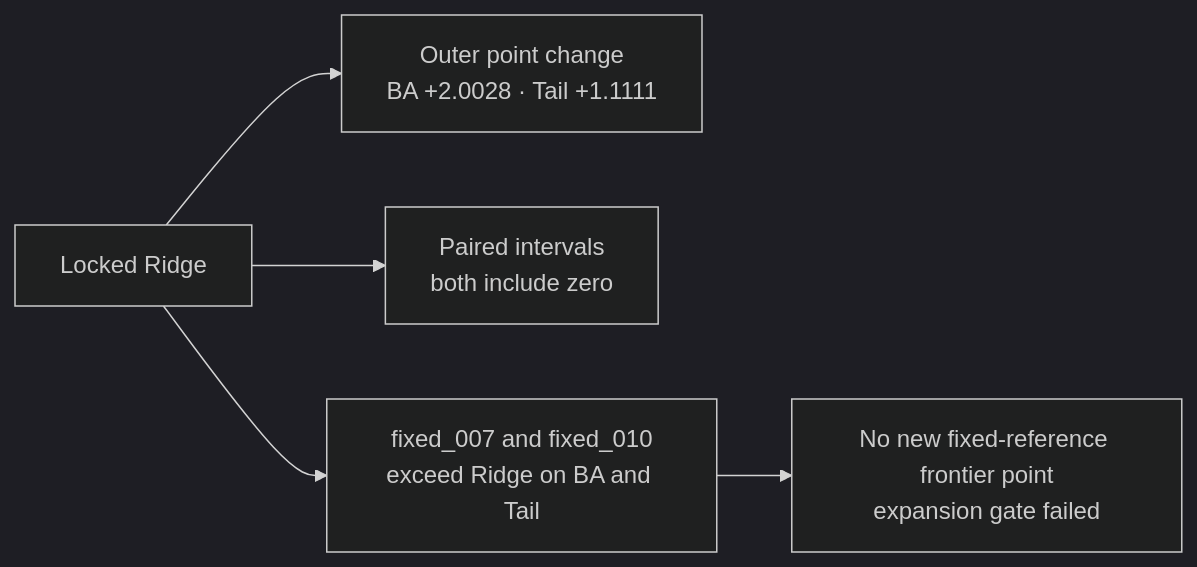
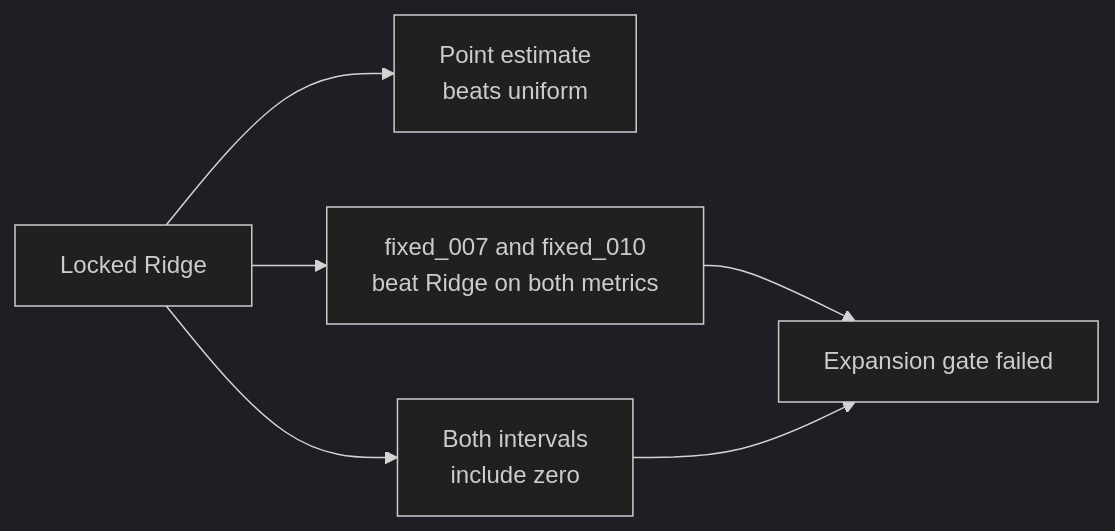
The third of 3 diagrams in README.md (Dzzz83/MoE_Imbalance), drawn with Mermaid (dark theme) before and after one commit. The commit also changed other lines of this file, not shown here.

````diff
--- a/README.md
+++ b/README.md
@@ -151,7 +179,8 @@
 ```mermaid
 flowchart LR
-    ridge["Locked Ridge"] --> gain["Outer point change<br/>BA +2.0028 · Tail +1.1111"]
-    ridge --> uncertainty["Paired intervals<br/>both include zero"]
-    ridge --> references["fixed_007 and fixed_010<br/>exceed Ridge on BA and Tail"]
-    references --> gate["No new fixed-reference frontier point<br/>expansion gate failed"]
+    ridge["Locked Ridge"] --> gain["Point estimate<br/>beats uniform"]
+    ridge --> uncertain["Both intervals<br/>include zero"]
+    ridge --> fixed["fixed_007 and fixed_010<br/>beat Ridge on both metrics"]
+    fixed --> gate["Expansion gate failed"]
+    uncertain --> gate
 ```
````
